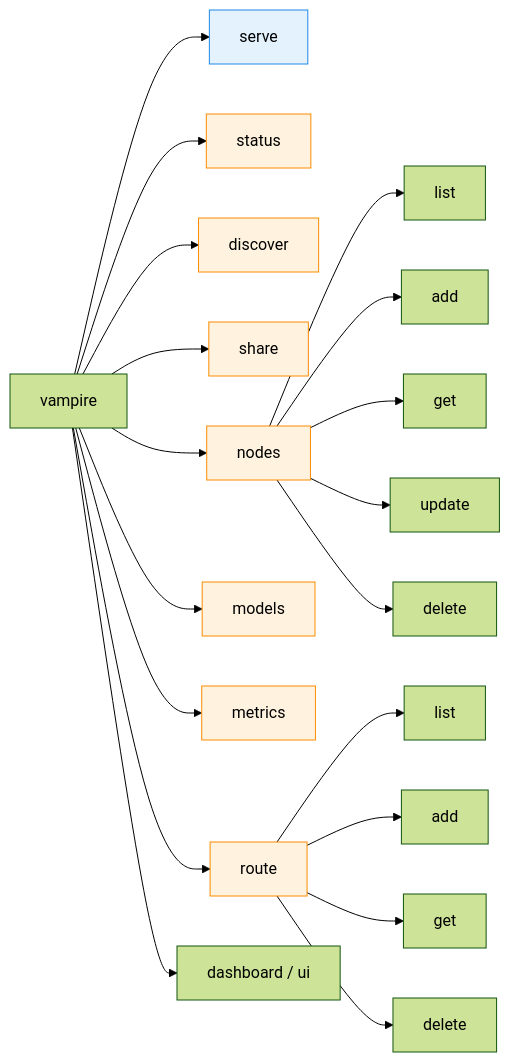
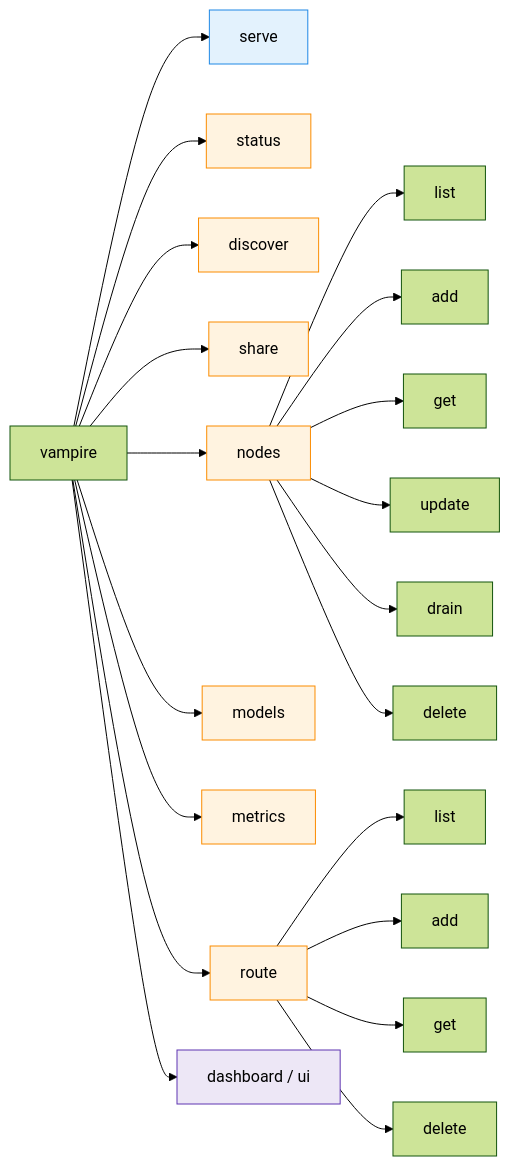
One commit to japer-technology/llm-vampire changed the first of 2 diagrams in docs/manual/05-cli-reference.md. Above: the diagram before and after it, drawn with Mermaid (forest theme). The commit also changed other lines of this file, not shown here.

````diff
--- a/docs/manual/05-cli-reference.md
+++ b/docs/manual/05-cli-reference.md
@@ -9,28 +9,31 @@
 ```mermaid
 flowchart LR
     root["vampire"] --> serve["serve"]
     root --> status["status"]
     root --> discover["discover"]
     root --> share["share"]
     root --> nodes["nodes"]
     root --> models["models"]
     root --> metrics["metrics"]
     root --> route["route"]
     root --> dashboard["dashboard / ui"]
 
     nodes --> n_list["list"]
     nodes --> n_add["add"]
     nodes --> n_get["get"]
     nodes --> n_update["update"]
+    nodes --> n_drain["drain"]
     nodes --> n_delete["delete"]
 
     route --> r_list["list"]
     route --> r_add["add"]
     route --> r_get["get"]
     route --> r_delete["delete"]
 
     classDef local fill:#e3f2fd,stroke:#1e88e5;
     classDef remote fill:#fff3e0,stroke:#fb8c00;
+    classDef utility fill:#ede7f6,stroke:#5e35b1;
     class serve local;
     class status,discover,share,nodes,models,metrics,route remote;
+    class dashboard utility;
 ```
````
